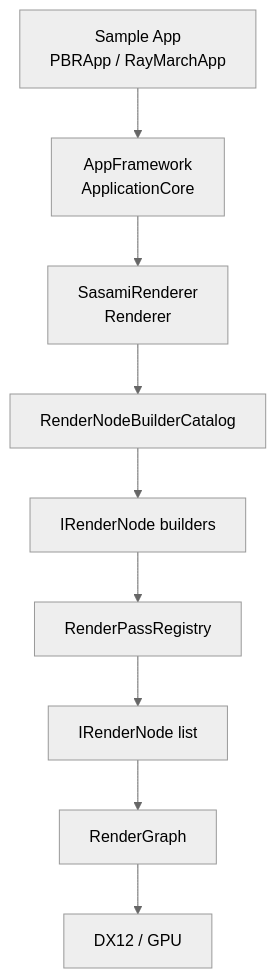
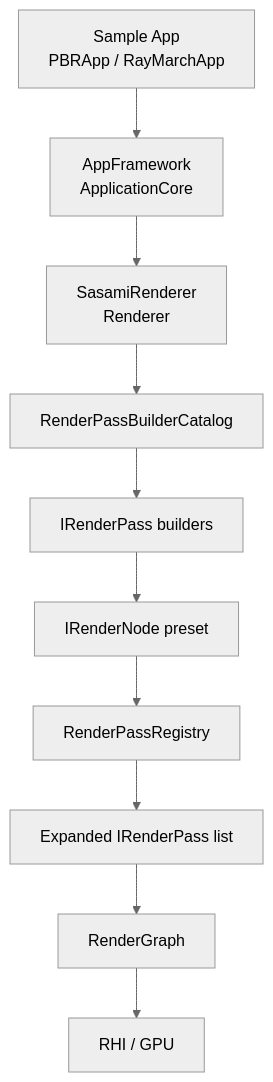
The first of 2 diagrams in README.md (ShiromiSasami/SasamiRenderer), drawn with Mermaid (neutral theme) before and after one commit. The commit also changed other lines of this file, not shown here.

````diff
--- a/README.md
+++ b/README.md
@@ -310,11 +75,12 @@
 ```mermaid
 flowchart TD
     A["Sample App<br/>PBRApp / RayMarchApp"] --> B["AppFramework<br/>ApplicationCore"]
     B --> C["SasamiRenderer<br/>Renderer"]
-    C --> D["RenderNodeBuilderCatalog"]
-    D --> E["IRenderNode builders"]
-    E --> F["RenderPassRegistry"]
-    F --> G["IRenderNode list"]
-    G --> H["RenderGraph"]
-    H --> I["DX12 / GPU"]
+    C --> D["RenderPassBuilderCatalog"]
+    D --> E["IRenderPass builders"]
+    E --> F["IRenderNode preset"]
+    F --> G["RenderPassRegistry"]
+    G --> H["Expanded IRenderPass list"]
+    H --> I["RenderGraph"]
+    I --> J["RHI / GPU"]
 ```
````
